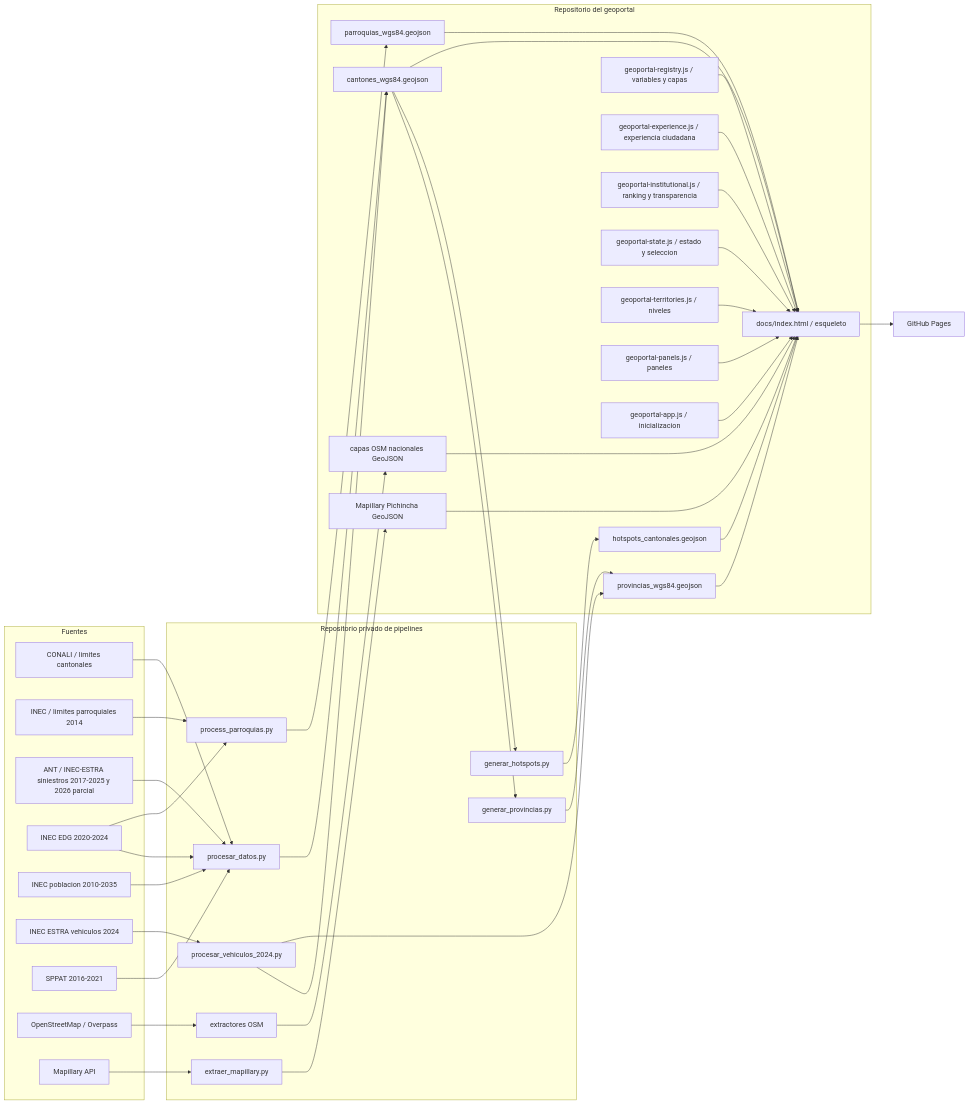
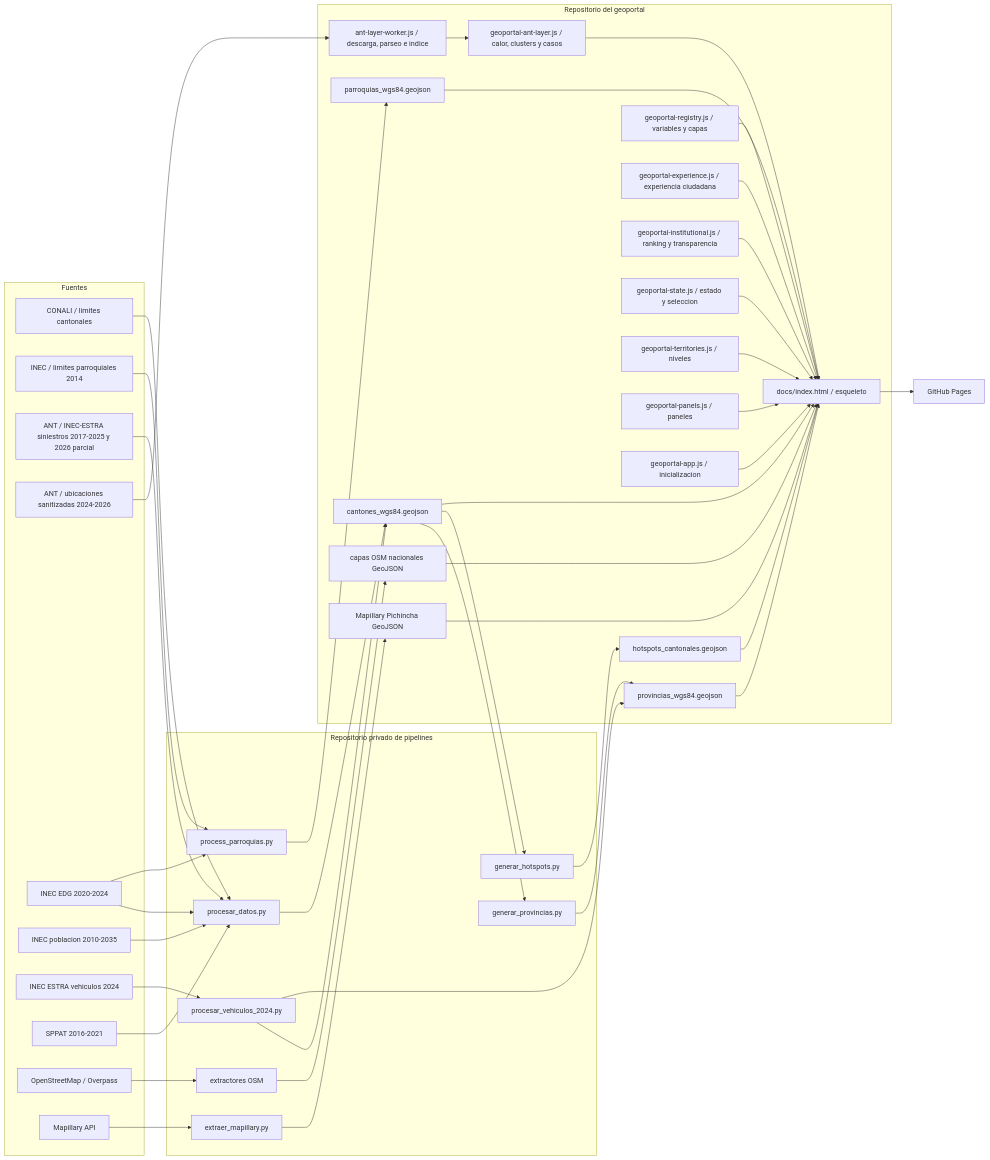
One commit to fundacionredsa/redsa-observatorio-seguridad-vial changed the diagram in documentacion/ARQUITECTURA.md. Above: the diagram before and after it, drawn with Mermaid. The commit also changed other lines of this file and 35 other files, not shown here.

````diff
--- a/documentacion/ARQUITECTURA.md
+++ b/documentacion/ARQUITECTURA.md
@@ -5,66 +5,70 @@
 ```mermaid
 flowchart LR
   subgraph F[Fuentes]
     CONALI[CONALI / limites cantonales]
     INECP[INEC / limites parroquiales 2014]
     SIN[ANT / INEC-ESTRA siniestros 2017-2025 y 2026 parcial]
+    ANTP[ANT / ubicaciones sanitizadas 2024-2026]
     EDG[INEC EDG 2020-2024]
     POP[INEC poblacion 2010-2035]
     VEH[INEC ESTRA vehiculos 2024]
     SPPAT[SPPAT 2016-2021]
     OSM[OpenStreetMap / Overpass]
     MAP[Mapillary API]
   end
   subgraph P[Repositorio privado de pipelines]
     BASE[procesar_datos.py]
     PAR[process_parroquias.py]
     PROV[generar_provincias.py]
     HOT[generar_hotspots.py]
     V[procesar_vehiculos_2024.py]
     O[extractores OSM]
     M[extraer_mapillary.py]
   end
   subgraph D[Repositorio del geoportal]
     CANT[cantones_wgs84.geojson]
     PARR[parroquias_wgs84.geojson]
     PROVG[provincias_wgs84.geojson]
     HOTG[hotspots_cantonales.geojson]
     OSMG[capas OSM nacionales GeoJSON]
     MAPG[Mapillary Pichincha GeoJSON]
     WEB[docs/index.html / esqueleto]
     REG[geoportal-registry.js / variables y capas]
     UX[geoportal-experience.js / experiencia ciudadana]
     INST[geoportal-institutional.js / ranking y transparencia]
     STATE[geoportal-state.js / estado y seleccion]
     TERR[geoportal-territories.js / niveles]
     PAN[geoportal-panels.js / paneles]
     APP[geoportal-app.js / inicializacion]
+    ANTW[ant-layer-worker.js / descarga, parseo e indice]
+    ANTL[geoportal-ant-layer.js / calor, clusters y casos]
   end
   CONALI --> BASE --> CANT
   SIN --> BASE
+  ANTP --> ANTW --> ANTL --> WEB
   EDG --> BASE
   POP --> BASE
   SPPAT --> BASE
   INECP --> PAR --> PARR
   EDG --> PAR
   CANT --> PROV --> PROVG
   CANT --> HOT --> HOTG
   VEH --> V --> CANT
   V --> PROVG
   OSM --> O --> OSMG
   MAP --> M --> MAPG
   CANT --> WEB
   PARR --> WEB
   PROVG --> WEB
   HOTG --> WEB
   OSMG --> WEB
   MAPG --> WEB
   REG --> WEB
   UX --> WEB
   INST --> WEB
   STATE --> WEB
   TERR --> WEB
   PAN --> WEB
   APP --> WEB
   WEB --> PAGES[GitHub Pages]
 ```
````
